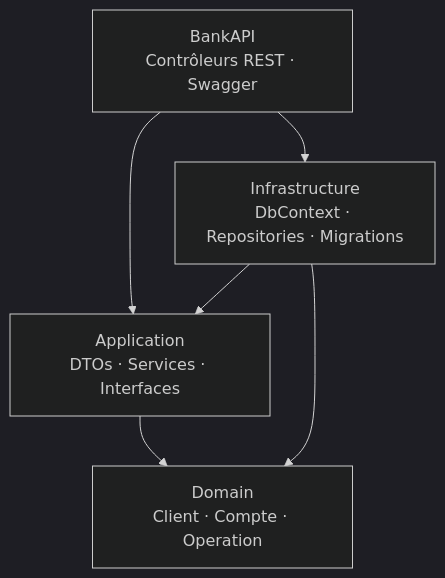
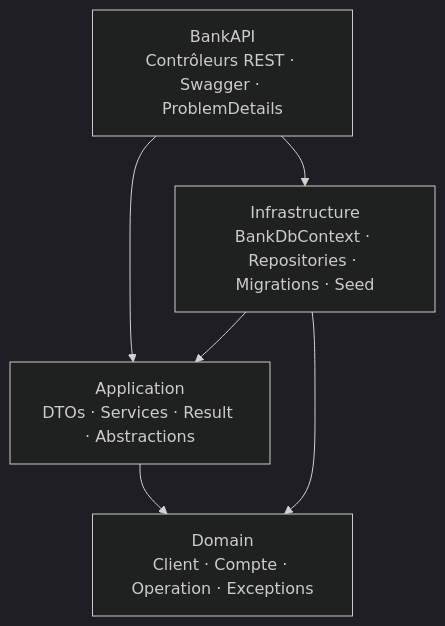
The diagram in README.md (Ala012/CleanArchBank), drawn with Mermaid (dark theme) before and after one commit. The commit also changed other lines of this file and 54 other files, not shown here.

Commit message:
CleanArchBank : API bancaire complete en Clean Architecture

````diff
--- a/README.md
+++ b/README.md
@@ -30,13 +39,13 @@
 ```mermaid
 flowchart TD
-    API["BankAPI<br/>Contrôleurs REST · Swagger"]
-    APP["Application<br/>DTOs · Services · Interfaces"]
-    DOM["Domain<br/>Client · Compte · Operation"]
-    INF["Infrastructure<br/>DbContext · Repositories · Migrations"]
+    API["BankAPI<br/>Contrôleurs REST · Swagger · ProblemDetails"]
+    APP["Application<br/>DTOs · Services · Result · Abstractions"]
+    DOM["Domain<br/>Client · Compte · Operation · Exceptions"]
+    INF["Infrastructure<br/>BankDbContext · Repositories · Migrations · Seed"]
 
     API --> APP
     API --> INF
     INF --> APP
     APP --> DOM
     INF --> DOM
 ```
````
